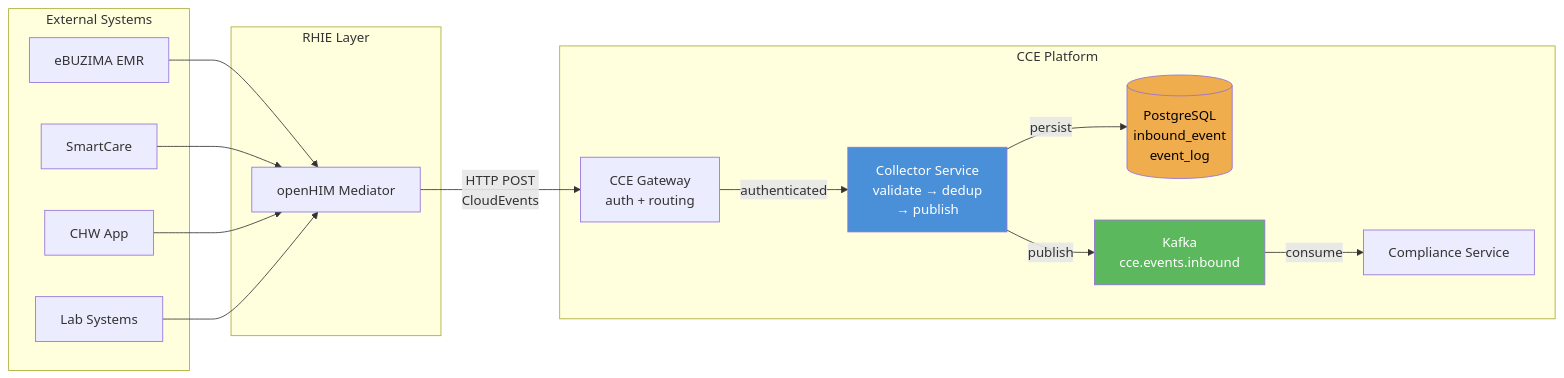
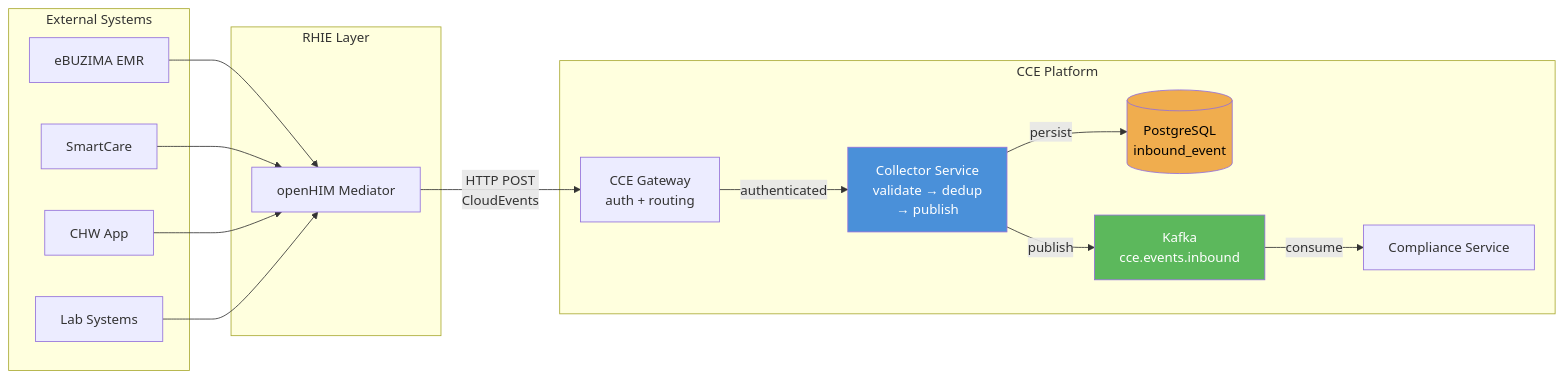
The fifth of 7 diagrams in docs/flow-diagrams.md (Jayaprakash8887/cce-collector-service), drawn with Mermaid before and after one commit. The commit also changed other lines of this file and 6 other files, not shown here.

````diff
--- a/docs/flow-diagrams.md
+++ b/docs/flow-diagrams.md
@@ -201,35 +164,35 @@
 ```mermaid
 flowchart LR
     subgraph External["External Systems"]
         EMR1[eBUZIMA EMR]
         EMR2[SmartCare]
         CHW[CHW App]
         LAB[Lab Systems]
     end
 
     subgraph RHIE["RHIE Layer"]
         OH[openHIM Mediator]
     end
 
     subgraph CCE["CCE Platform"]
         GW[CCE Gateway<br/>auth + routing]
         CS[Collector Service<br/>validate → dedup<br/>→ publish]
-        PG[(PostgreSQL<br/>inbound_event<br/>event_log)]
+        PG[(PostgreSQL<br/>inbound_event)]
         KF[Kafka<br/>cce.events.inbound]
         COMP[Compliance Service]
     end
 
     EMR1 --> OH
     EMR2 --> OH
     CHW --> OH
     LAB --> OH
     OH -->|HTTP POST<br/>CloudEvents| GW
     GW -->|authenticated| CS
     CS -->|persist| PG
     CS -->|publish| KF
     KF -->|consume| COMP
 
     style CS fill:#4a90d9,color:#fff
     style KF fill:#5cb85c,color:#fff
     style PG fill:#f0ad4e,color:#000
 ```
````
